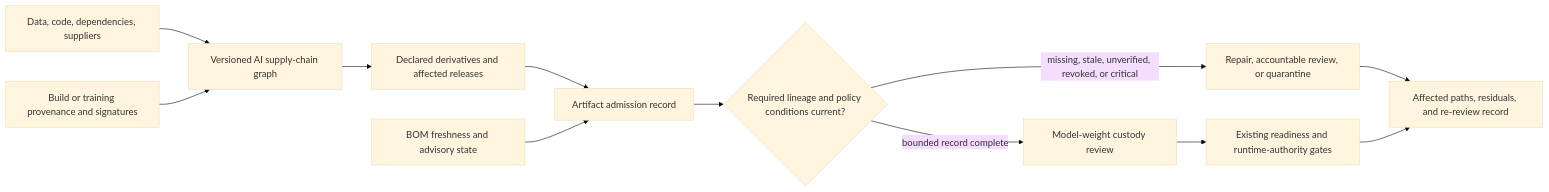
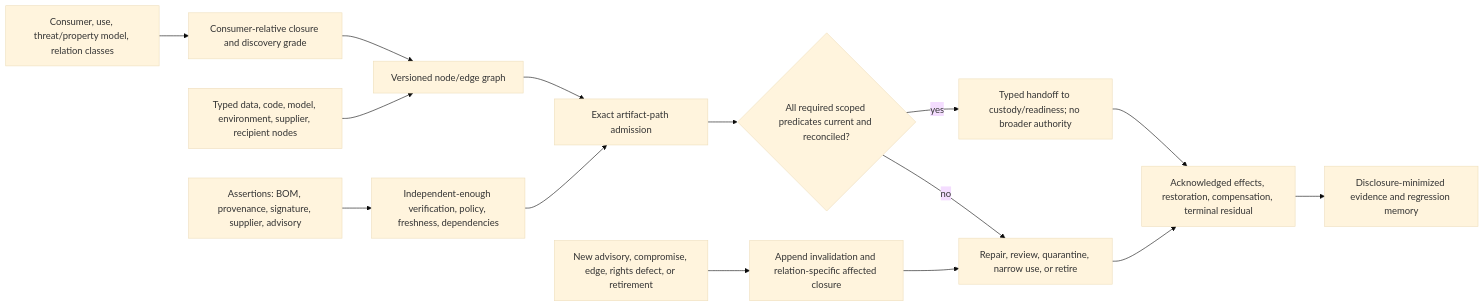
One commit to corbensorenson/asi-stack-book changed the diagram in chapters/ai-supply-chain-integrity-and-lifecycle-provenance.qmd. Above: the diagram before and after it, drawn with Mermaid (base theme). The commit also changed other lines of this file and 723 other files, not shown here.

````diff
--- a/chapters/ai-supply-chain-integrity-and-lifecycle-provenance.qmd
+++ b/chapters/ai-supply-chain-integrity-and-lifecycle-provenance.qmd
@@ -188,14 +237,17 @@
 ```{mermaid}
 flowchart LR
-  U["Data, code, dependencies, suppliers"] --> G["Versioned AI supply-chain graph"]
-  T["Build or training provenance and signatures"] --> G
-  G --> P["Declared derivatives and affected releases"]
-  P --> A["Artifact admission record"]
-  V["BOM freshness and advisory state"] --> A
-  A --> D{"Required lineage and policy conditions current?"}
-  D -->|"missing, stale, unverified, revoked, or critical"| Q["Repair, accountable review, or quarantine"]
-  D -->|"bounded record complete"| C["Model-weight custody review"]
-  C --> R["Existing readiness and runtime-authority gates"]
-  Q --> L["Affected paths, residuals, and re-review record"]
-  R --> L
+  U["Consumer, use, threat/property model, relation classes"] --> C["Consumer-relative closure and discovery grade"]
+  N["Typed data, code, model, environment, supplier, recipient nodes"] --> G["Versioned node/edge graph"]
+  C --> G
+  S["Assertions: BOM, provenance, signature, supplier, advisory"] --> V["Independent-enough verification, policy, freshness, dependencies"]
+  G --> A["Exact artifact-path admission"]
+  V --> A
+  A --> D{"All required scoped predicates current and reconciled?"}
+  D -->|"no"| Q["Repair, review, quarantine, narrow use, or retire"]
+  D -->|"yes"| H["Typed handoff to custody/readiness; no broader authority"]
+  I["New advisory, compromise, edge, rights defect, or retirement"] --> P["Append invalidation and relation-specific affected closure"]
+  P --> Q
+  Q --> O["Acknowledged effects, restoration, compensation, terminal residual"]
+  H --> O
+  O --> E["Disclosure-minimized evidence and regression memory"]
 ```
````
